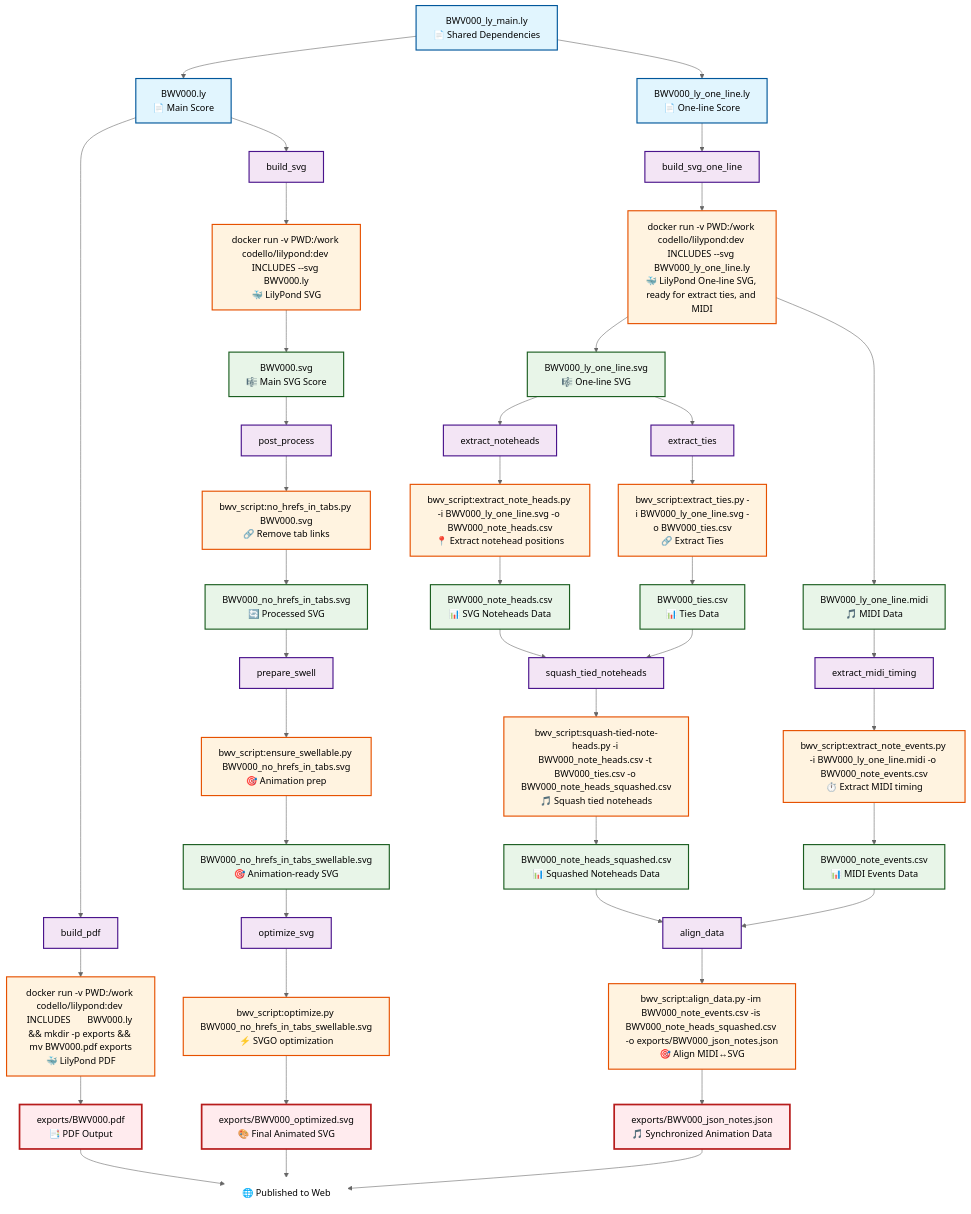
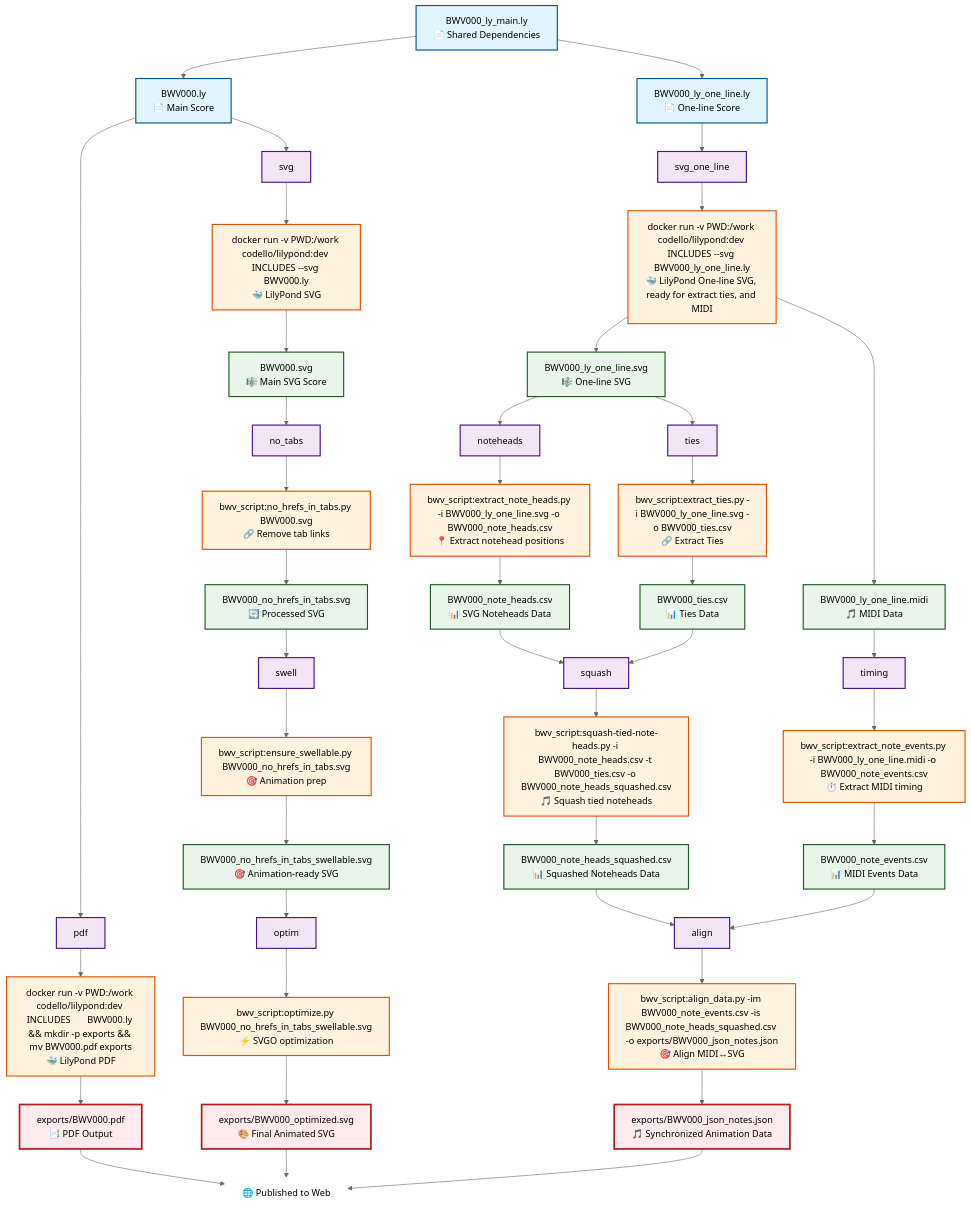
One commit to cthiebaud/bwv-zeug changed the diagram in invoke/tasks.mmd. Above: the diagram before and after it, drawn with Mermaid. The commit also changed 9 other files, not shown here.

```diff
--- a/invoke/tasks.mmd
+++ b/invoke/tasks.mmd
@@ -1,143 +1,143 @@
 %%{init: {'theme':'neutral'}}%%
 graph TD
 
 %% ============================================================================
 %% INPUT NODES
 %% ============================================================================
 I1[BWV000.ly<br/>📄 Main Score]
 I2[BWV000_ly_one_line.ly<br/>📄 One-line Score]
 I3[BWV000_ly_main.ly<br/>📄 Shared Dependencies]
 
 %% ============================================================================
 %% TASK NODES
 %% ============================================================================
-T1[build_pdf]
-T2[build_svg]
-T3[build_svg_one_line]
-T4[post_process]
-T5[prepare_swell]
-T6[optimize_svg]
-T7[extract_noteheads]
-T8[extract_midi_timing]
-T9[align_data]
-T0[extract_ties]
-T11[squash_tied_noteheads]
+T1[pdf]
+T2[svg]
+T3[svg_one_line]
+T4[no_tabs]
+T5[swell]
+T6[optim]
+T7[noteheads]
+T8[timing]
+T9[align]
+T0[ties]
+T11[squash]
 
 %% ============================================================================
 %% RUNNABLE NODES
 %% ============================================================================
 R1[docker run -v PWD:/work codello/lilypond:dev INCLUDES       BWV000.ly && mkdir -p exports && mv BWV000.pdf exports<br/>🐳 LilyPond PDF]
 R2[docker run -v PWD:/work codello/lilypond:dev INCLUDES --svg BWV000.ly<br/>🐳 LilyPond SVG]
 R3[docker run -v PWD:/work codello/lilypond:dev INCLUDES --svg BWV000_ly_one_line.ly<br/>🐳 LilyPond One-line SVG, ready for extract ties, and MIDI]
 R4[bwv_script:no_hrefs_in_tabs.py BWV000.svg<br/>🔗 Remove tab links]
 R5[bwv_script:ensure_swellable.py BWV000_no_hrefs_in_tabs.svg<br/>🎯 Animation prep]
 R6[bwv_script:optimize.py BWV000_no_hrefs_in_tabs_swellable.svg<br/>⚡ SVGO optimization]
 R7[bwv_script:extract_note_heads.py -i BWV000_ly_one_line.svg -o BWV000_note_heads.csv<br/>📍 Extract notehead positions]
 R8[bwv_script:extract_note_events.py -i BWV000_ly_one_line.midi -o BWV000_note_events.csv<br/>⏱️ Extract MIDI timing]
 R9[bwv_script:align_data.py -im BWV000_note_events.csv -is BWV000_note_heads_squashed.csv -o exports/BWV000_json_notes.json<br/>🎯 Align MIDI↔SVG]
 R0[bwv_script:extract_ties.py -i BWV000_ly_one_line.svg -o BWV000_ties.csv<br/>🔗 Extract Ties]
 R11[bwv_script:squash-tied-note-heads.py -i BWV000_note_heads.csv -t BWV000_ties.csv -o BWV000_note_heads_squashed.csv<br/>🎵 Squash tied noteheads]
 
 %% ============================================================================
 %% OUTPUT NODES
 %% ============================================================================
 O2[BWV000.svg<br/>🎼 Main SVG Score]
 O3[BWV000_ly_one_line.svg<br/>🎼 One-line SVG]
 O4[BWV000_ly_one_line.midi<br/>🎵 MIDI Data]
 O5[BWV000_no_hrefs_in_tabs.svg<br/>🔄 Processed SVG]
 O6[BWV000_no_hrefs_in_tabs_swellable.svg<br/>🎯 Animation-ready SVG]
 O7[BWV000_note_heads.csv<br/>📊 SVG Noteheads Data]
 O8[BWV000_note_events.csv<br/>📊 MIDI Events Data]
 O9[BWV000_ties.csv<br/>📊 Ties Data]
 O10[BWV000_note_heads_squashed.csv<br/>📊 Squashed Noteheads Data]
 
 %% ============================================================================
 %% EXPORT NODES
 %% ============================================================================
 E3[exports/BWV000.pdf<br/>📑 PDF Output]
 E1[exports/BWV000_optimized.svg<br/>🎨 Final Animated SVG]
 E2[exports/BWV000_json_notes.json<br/>🎵 Synchronized Animation Data]
 
 %% ============================================================================
 %% DEPENDENCY RELATIONSHIPS
 %% ============================================================================
 %% Shared dependencies
 I3 --> I1
 I3 --> I2
 
 %% Input to task relationships
 I1 --> T1
 I1 --> T2
 I2 --> T3
 
 %% Task to runnable relationships
 T1 --> R1
 T2 --> R2
 T3 --> R3
 T4 --> R4
 T5 --> R5
 T6 --> R6
 T7 --> R7
 T8 --> R8
 T9 --> R9
 T0 --> R0
 T11 --> R11
 
 %% Runnable to output relationships
 R2 --> O2
 R3 --> O3
 R3 --> O4
 R0 --> O9
 R7 --> O7
 R8 --> O8
 R11 --> O10
 
 %% SVG processing chain
 O2 --> T4
 R4 --> O5
 O5 --> T5
 R5 --> O6
 O6 --> T6
 
 %% Data extraction parallel branches
 O3 --> T7
 O3 --> T0
 O4 --> T8
 
 %% Squash tied noteheads step
 O7 --> T11
 O9 --> T11
 
 %% Final data alignment (now uses squashed noteheads)
 O10 --> T9
 O8 --> T9
 
 %% Final export
 R1 --> E3
 R6 --> E1
 R9 --> E2
 
 %% ============================================================================
 %% STYLING
 %% ============================================================================
 classDef input fill:#e1f5fe,stroke:#01579b,stroke-width:2px
 classDef task fill:#f3e5f5,stroke:#4a148c,stroke-width:2px
 classDef output fill:#e8f5e8,stroke:#1b5e20,stroke-width:2px
 classDef runnable fill:#fff3e0,stroke:#e65100,stroke-width:2px
 classDef export fill:#ffebee,stroke:#b71c1c,stroke-width:3px
 
 class I1,I2,I3 input
 class T1,T2,T3,T4,T5,T6,T7,T8,T9,T0,T10,T11 task
 class O2,O3,O4,O5,O6,O7,O8,O9,O10 output
 class R1,R2,R3,R4,R5,R6,R7,R8,R9,R0,R11 runnable
 class E3,E1,E2 export
 
 %% ============================================================================
 %% BOTTOM ALIGNMENT HACK
 %% ============================================================================
 T10["🌐 Published to Web"]
 style T10 fill:#ffffff,stroke:#ffffff
 
 E1 --> T10
 E2 --> T10
 E3 --> T10
```
